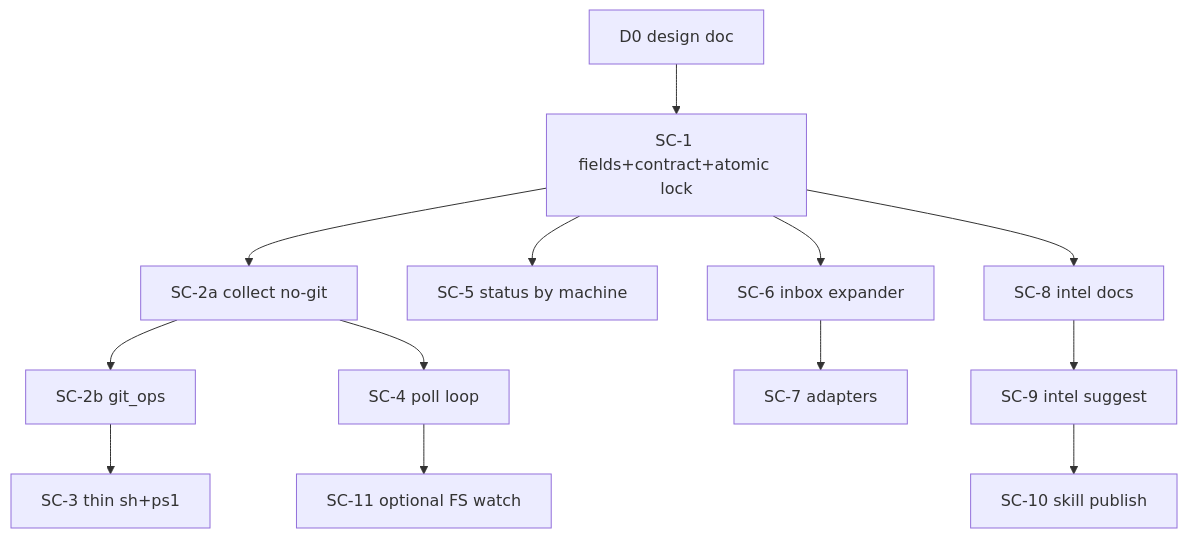
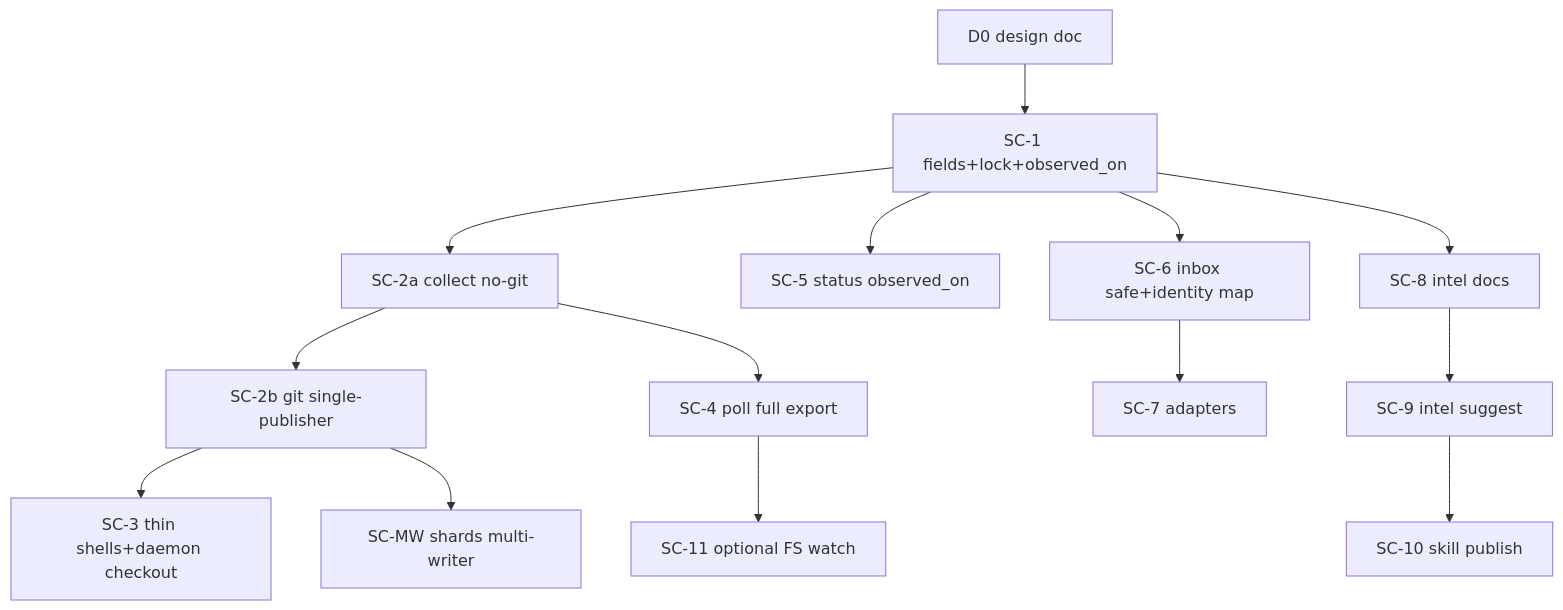
Before and after one commit to avidullu/agent-sessions: the fourth of 4 diagrams in docs/designs/SESSION_COLLECTOR_AND_INTEL.md, drawn with Mermaid. The commit also changed other lines of this file, not shown here.

First line of the commit message:
docs: incorporate review #349 eight P1 architecture findings

````diff
--- a/docs/designs/SESSION_COLLECTOR_AND_INTEL.md
+++ b/docs/designs/SESSION_COLLECTOR_AND_INTEL.md
@@ -1276,24 +1451,26 @@
 ```mermaid
 flowchart TB
   D0[D0 design doc]
-  SC1[SC-1 fields+contract+atomic lock]
+  SC1[SC-1 fields+lock+observed_on]
   SC2a[SC-2a collect no-git]
-  SC2b[SC-2b git_ops]
-  SC3[SC-3 thin sh+ps1]
-  SC4[SC-4 poll loop]
-  SC5[SC-5 status by machine]
-  SC6[SC-6 inbox expander]
+  SC2b[SC-2b git single-publisher]
+  SCMW[SC-MW shards multi-writer]
+  SC3[SC-3 thin shells+daemon checkout]
+  SC4[SC-4 poll full export]
+  SC5[SC-5 status observed_on]
+  SC6[SC-6 inbox safe+identity map]
   SC7[SC-7 adapters]
   SC8[SC-8 intel docs]
   SC9[SC-9 intel suggest]
   SC10[SC-10 skill publish]
   SC11[SC-11 optional FS watch]
 
   D0 --> SC1
   SC1 --> SC2a --> SC2b --> SC3
+  SC2b --> SCMW
   SC2a --> SC4
   SC1 --> SC5
   SC1 --> SC6 --> SC7
   SC1 --> SC8 --> SC9 --> SC10
   SC4 --> SC11
 ```
````
